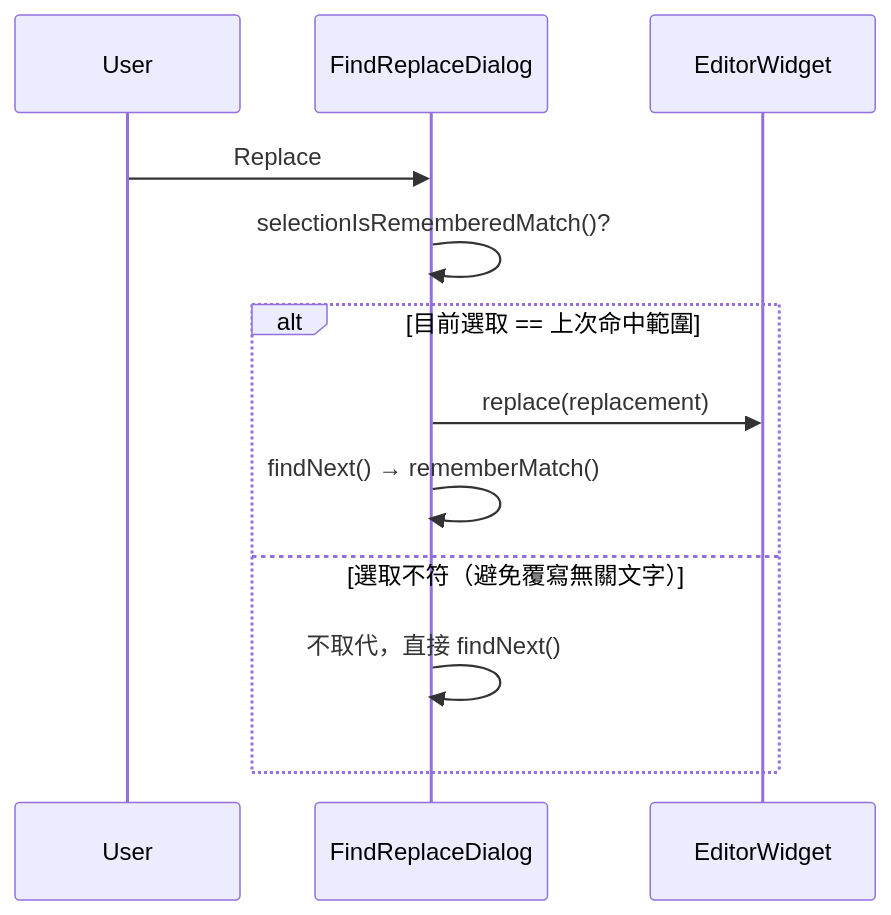
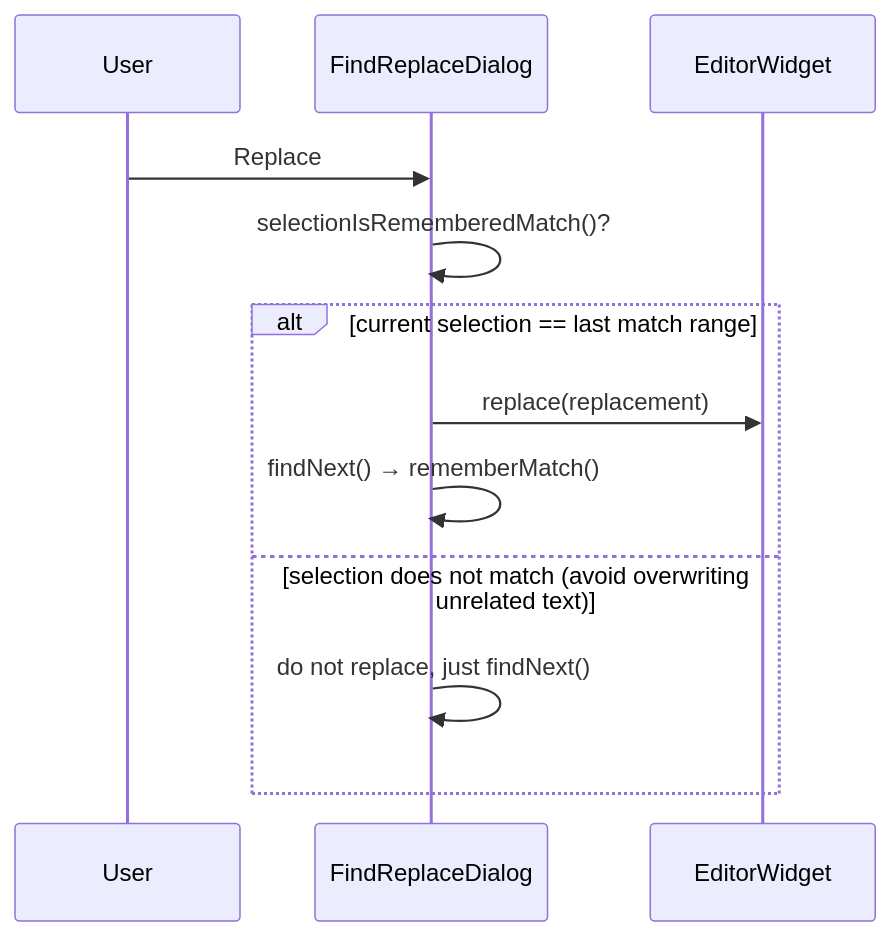
Before and after one commit to EddyKuo/macpadpp: diagram 13 of 23 in docs/design.md, drawn with Mermaid. The commit also changed other lines of this file and 24 other files, not shown here.

````diff
--- a/docs/design.md
+++ b/docs/design.md
@@ -709,15 +737,15 @@
 ```mermaid
 sequenceDiagram
     participant User
     participant FRD as FindReplaceDialog
     participant EW as EditorWidget
 
     User->>FRD: Replace
     FRD->>FRD: selectionIsRememberedMatch()?
-    alt 目前選取 == 上次命中範圍
+    alt current selection == last match range
         FRD->>EW: replace(replacement)
         FRD->>FRD: findNext() → rememberMatch()
-    else 選取不符（避免覆寫無關文字）
-        FRD->>FRD: 不取代，直接 findNext()
+    else selection does not match (avoid overwriting unrelated text)
+        FRD->>FRD: do not replace, just findNext()
     end
 ```
````
